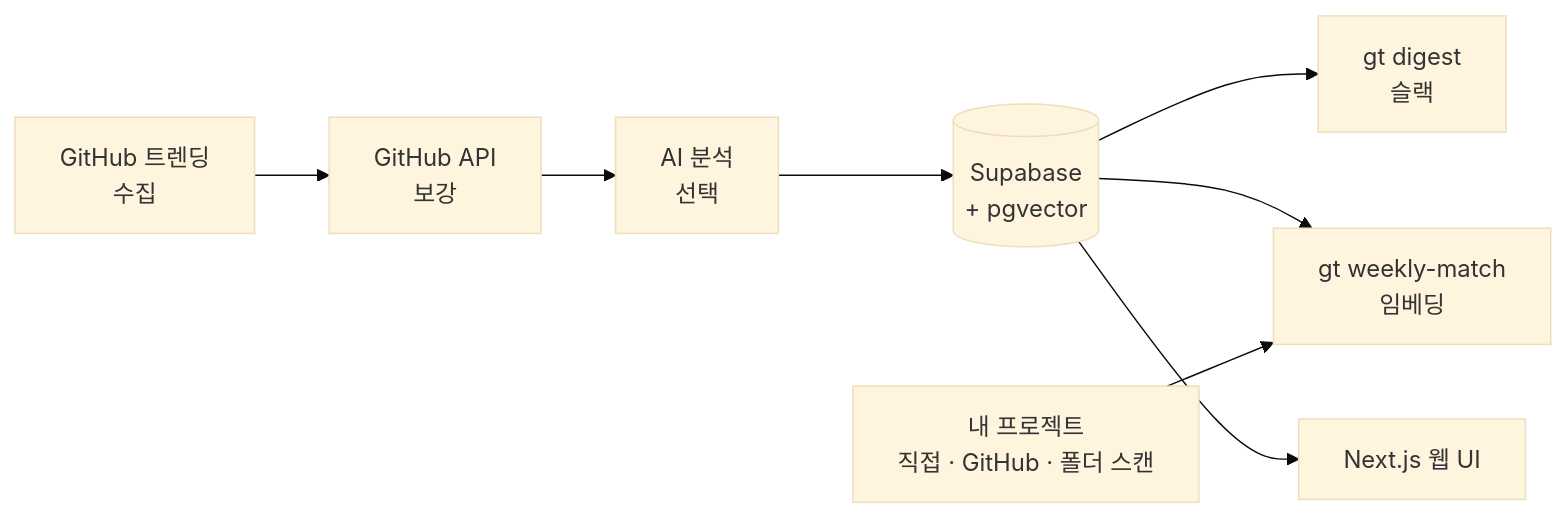
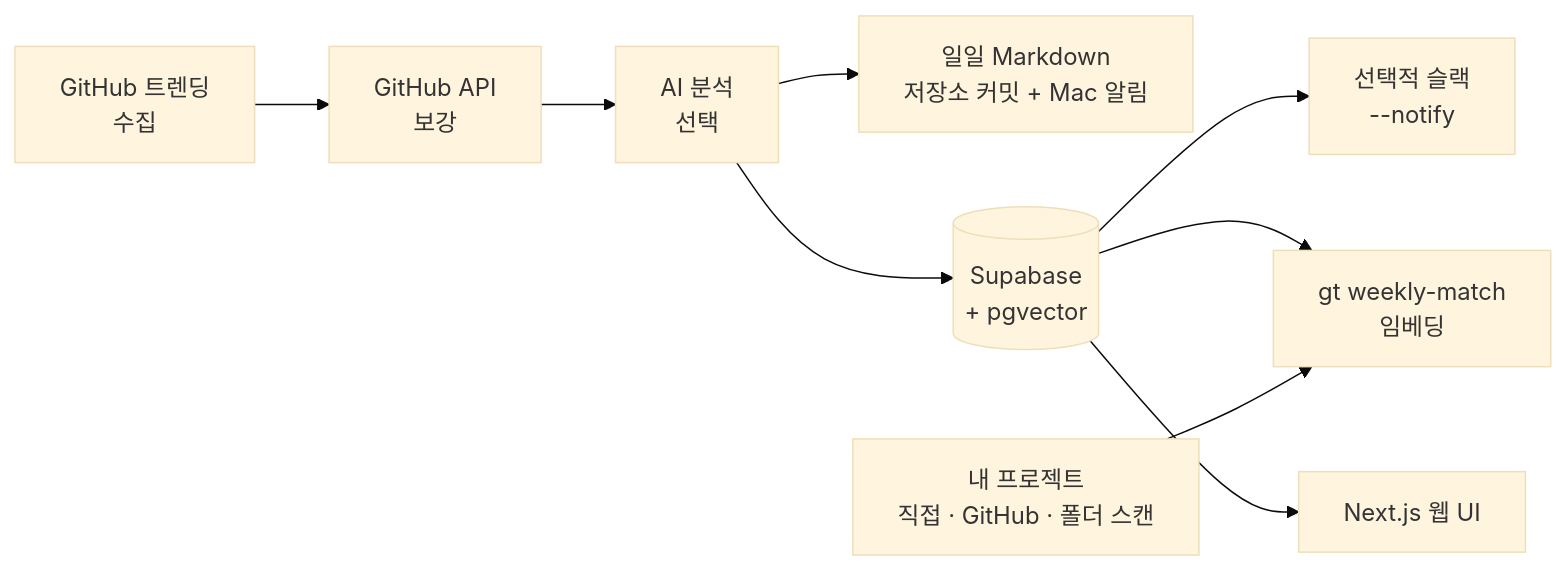
Before and after one commit to kks0488/repofit: the diagram in README.ko.md, drawn with Mermaid (base theme). The commit also changed other lines of this file and 11 other files, not shown here.

Commit message:
Deliver daily Markdown digests and opt-in Slack with Mac notifications

````diff
--- a/README.ko.md
+++ b/README.ko.md
@@ -95,10 +97,11 @@
 ```mermaid
 flowchart LR
     A[GitHub 트렌딩<br/>수집] --> B[GitHub API<br/>보강]
     B --> C[AI 분석<br/>선택]
+    C --> J[일일 Markdown<br/>저장소 커밋 + Mac 알림]
     C --> D[(Supabase<br/>+ pgvector)]
-    D --> E[gt digest<br/>슬랙]
+    D --> E[선택적 슬랙<br/>--notify]
     D --> F[gt weekly-match<br/>임베딩]
     G[내 프로젝트<br/>직접 · GitHub · 폴더 스캔] --> F
     D --> H[Next.js 웹 UI]
 ```
````
